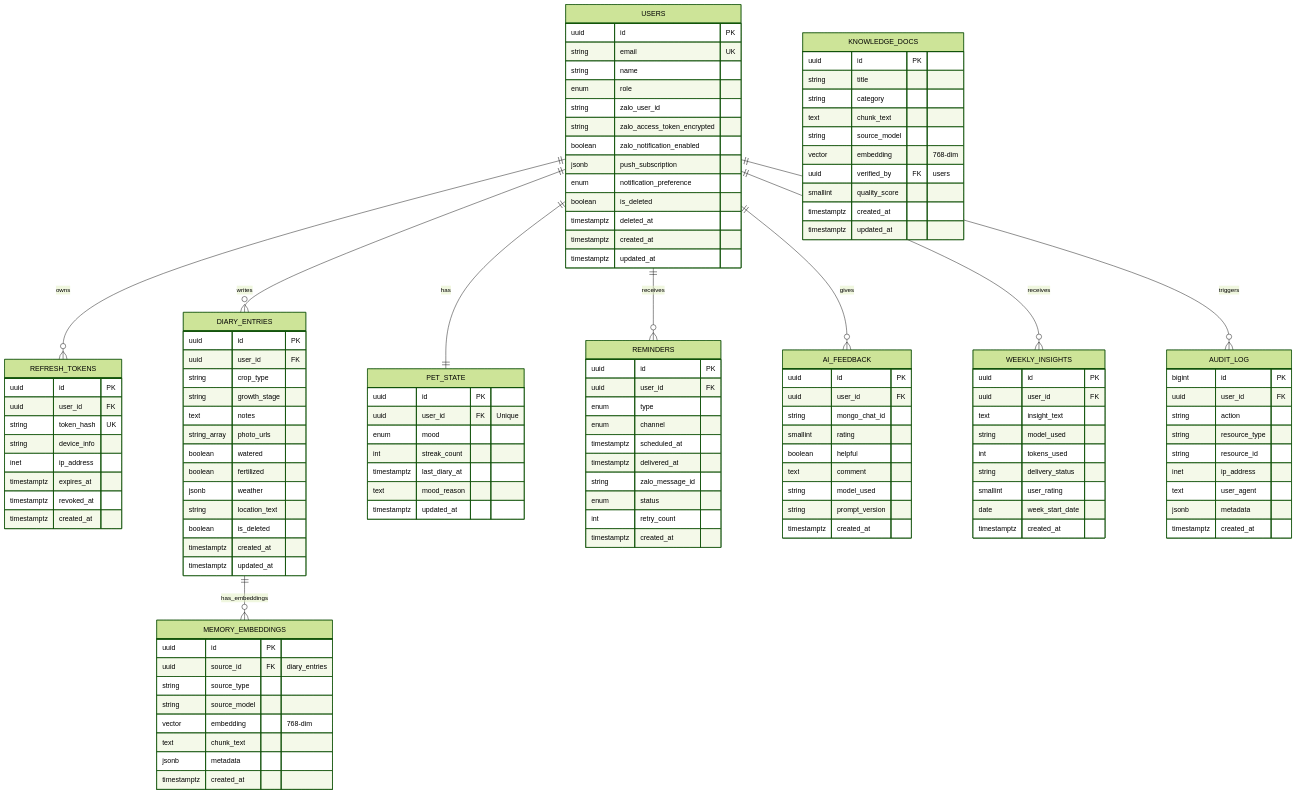
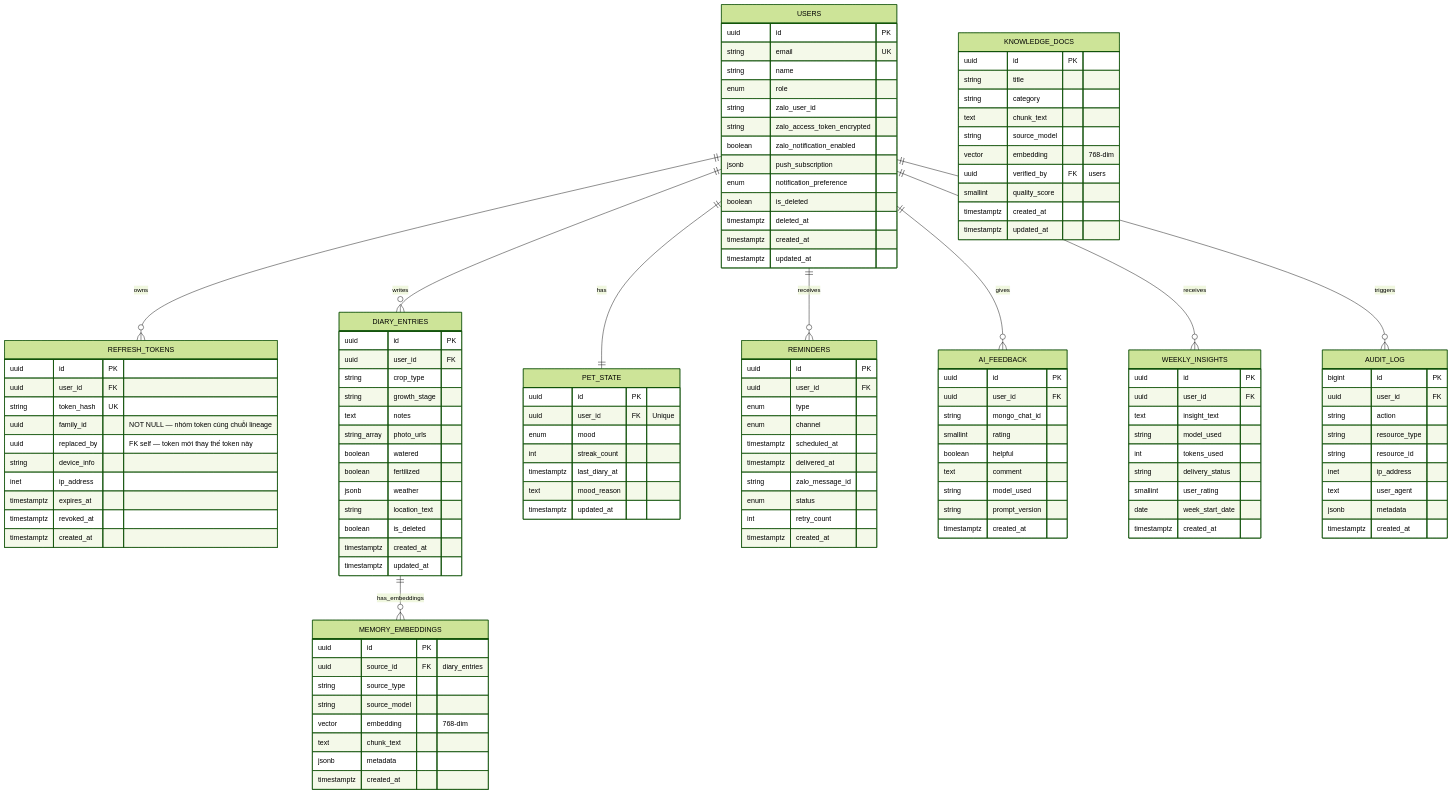
One commit to jayykioh/farmy-frontend changed the fifth of 5 diagrams in openspec/specs/architecture.md. Above: the diagram before and after it, drawn with Mermaid (forest theme). The commit also changed other lines of this file and 5 other files, not shown here.

```diff
--- a/openspec/specs/architecture.md
+++ b/openspec/specs/architecture.md
@@ -273,6 +273,8 @@
         uuid id PK
         uuid user_id FK
         string token_hash UK
+        uuid family_id "NOT NULL — nhóm token cùng chuỗi lineage"
+        uuid replaced_by "FK self — token mới thay thế token này"
         string device_info
         inet ip_address
         timestamptz expires_at
```
